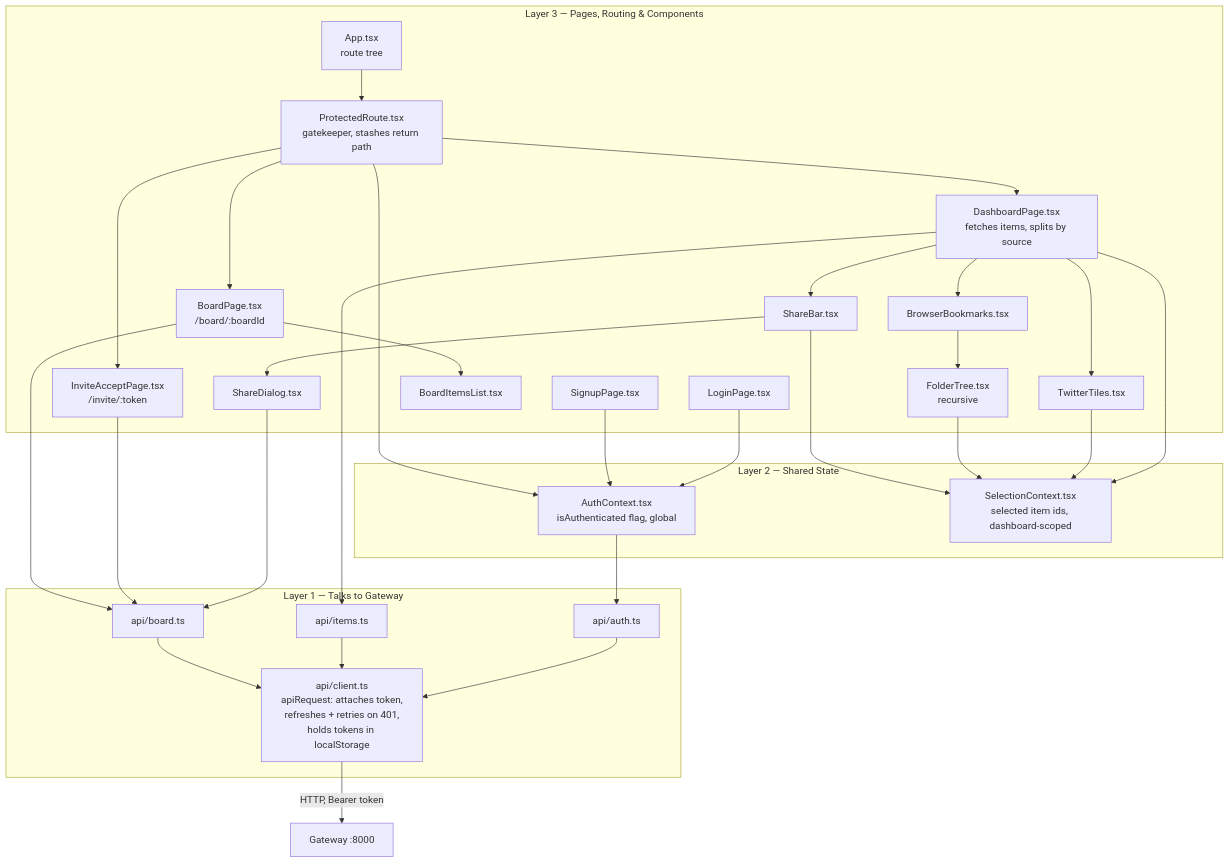
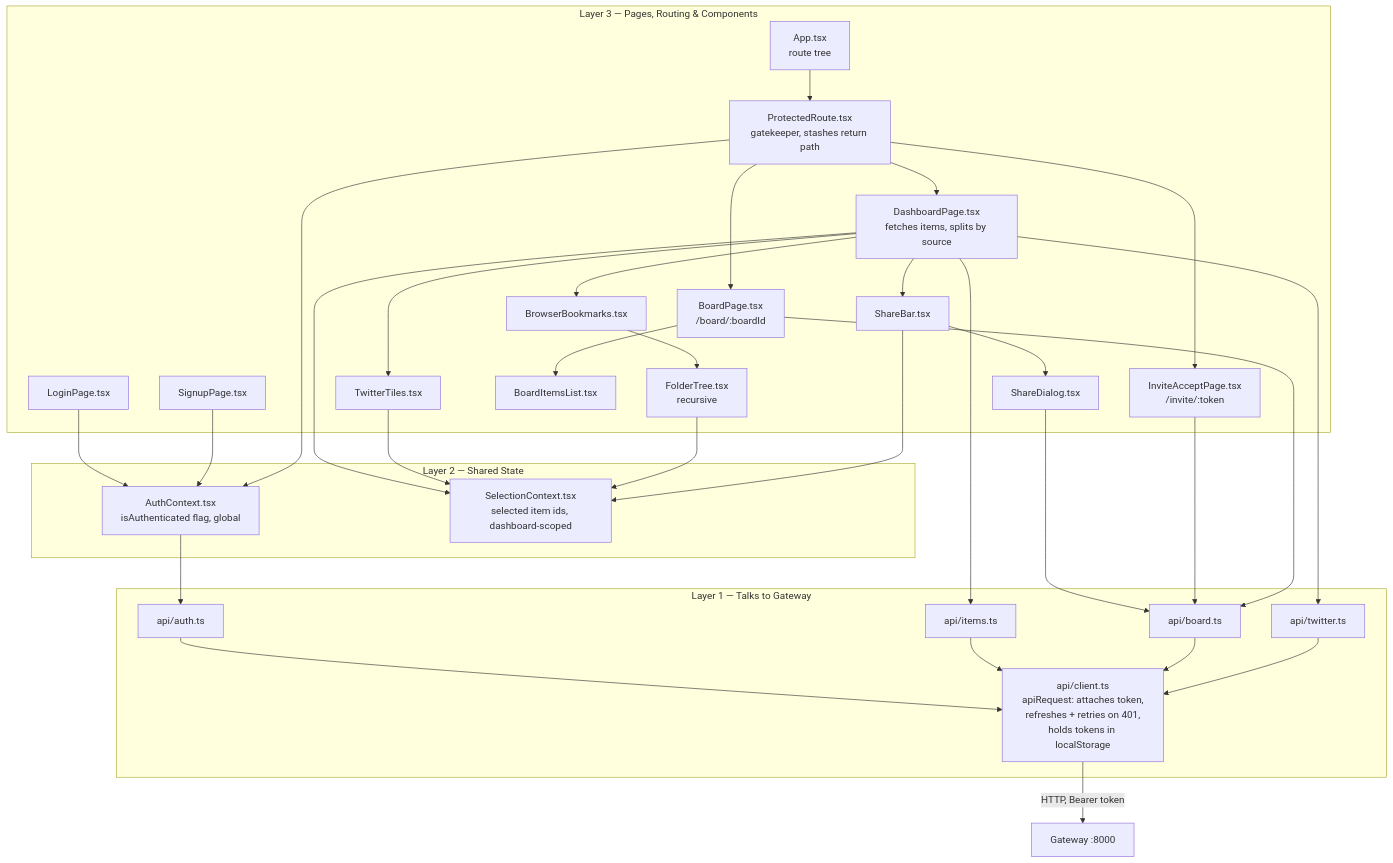
Before and after one commit to mehulp/study-hub: the fourth of 4 diagrams in docs/bookmarks-hub-architecture.md, drawn with Mermaid. The commit also changed other lines of this file and 15 other files, not shown here.

````diff
--- a/docs/bookmarks-hub-architecture.md
+++ b/docs/bookmarks-hub-architecture.md
@@ -177,43 +179,45 @@
 ```mermaid
 flowchart TD
     subgraph Pages ["Layer 3 — Pages, Routing & Components"]
         APP[App.tsx<br/>route tree]
         PR[ProtectedRoute.tsx<br/>gatekeeper, stashes return path]
         LP[LoginPage.tsx]
         SP[SignupPage.tsx]
         DP[DashboardPage.tsx<br/>fetches items, splits by source]
         BP[BoardPage.tsx<br/>/board/:boardId]
         IAP[InviteAcceptPage.tsx<br/>/invite/:token]
         TT[TwitterTiles.tsx]
         BB[BrowserBookmarks.tsx]
         FT[FolderTree.tsx<br/>recursive]
         BIL[BoardItemsList.tsx]
         SB[ShareBar.tsx]
         SD[ShareDialog.tsx]
     end
     subgraph StateLayer ["Layer 2 — Shared State"]
         AC[AuthContext.tsx<br/>isAuthenticated flag, global]
         SC[SelectionContext.tsx<br/>selected item ids, dashboard-scoped]
     end
     subgraph APILayer ["Layer 1 — Talks to Gateway"]
         AUTHAPI[api/auth.ts]
         ITEMSAPI[api/items.ts]
         BOARDAPI[api/board.ts]
+        TWITTERAPI[api/twitter.ts]
         CLIENT[api/client.ts<br/>apiRequest: attaches token,<br/>refreshes + retries on 401,<br/>holds tokens in localStorage]
     end
     APP --> PR
     PR --> DP & BP & IAP
     DP --> TT & BB & SB
     BB --> FT
     BP --> BIL
     SB --> SD
     DP & TT & FT & SB --> SC
     LP & SP & PR --> AC
     SD --> BOARDAPI
     IAP --> BOARDAPI
     BP --> BOARDAPI
     DP --> ITEMSAPI
+    DP --> TWITTERAPI
     AC --> AUTHAPI
-    AUTHAPI & ITEMSAPI & BOARDAPI --> CLIENT
+    AUTHAPI & ITEMSAPI & BOARDAPI & TWITTERAPI --> CLIENT
     CLIENT -->|HTTP, Bearer token| GW[Gateway :8000]
 ```
````
